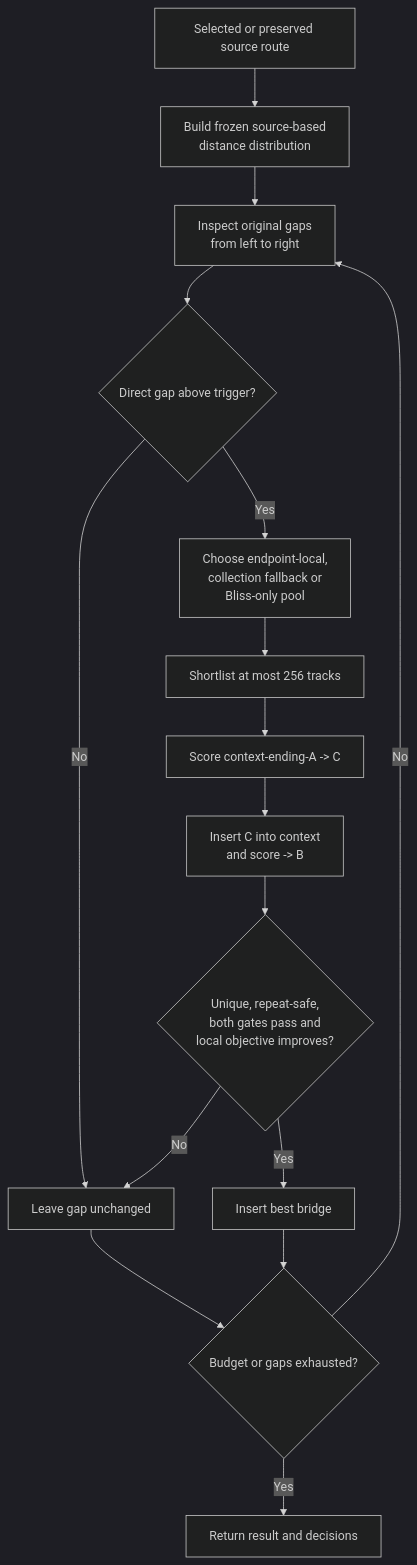
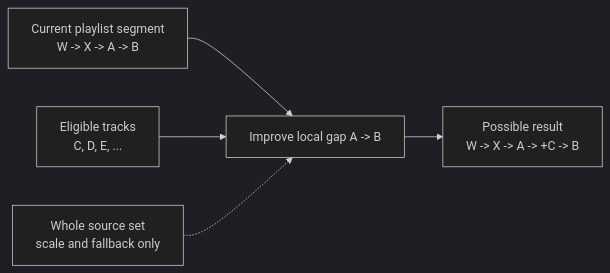
Before and after one commit to chrober/lms-better-call-bliss: the ninth of 12 diagrams in ALGORITHMS.md, drawn with Mermaid (dark theme). The commit also changed other lines of this file and 20 other files, not shown here.

```diff
--- a/ALGORITHMS.md
+++ b/ALGORITHMS.md
@@ -332,18 +411,7 @@
 ~~~mermaid
-flowchart TD
-    A["Selected or preserved source route"] --> B["Build frozen source-based<br/>distance distribution"]
-    B --> C["Inspect original gaps<br/>from left to right"]
-    C --> D{"Direct gap above trigger?"}
-    D -- No --> N["Leave gap unchanged"]
-    D -- Yes --> E["Choose endpoint-local,<br/>collection fallback or<br/>Bliss-only pool"]
-    E --> F["Shortlist at most 256 tracks"]
-    F --> G["Score context-ending-A -> C"]
-    G --> H["Insert C into context<br/>and score -> B"]
-    H --> I{"Unique, repeat-safe,<br/>both gates pass and<br/>local objective improves?"}
-    I -- No --> N
-    I -- Yes --> J["Insert best bridge"]
-    J --> K{"Budget or gaps exhausted?"}
-    N --> K
-    K -- No --> C
-    K -- Yes --> R["Return result and decisions"]
+flowchart LR
+    P["Current playlist segment<br/>W -> X -> A -> B"] --> G["Improve local gap A -> B"]
+    C["Eligible tracks<br/>C, D, E, ..."] --> G
+    S["Whole source set<br/>scale and fallback only"] -.-> G
+    G --> R["Possible result<br/>W -> X -> A -> +C -> B"]
 ~~~
```
